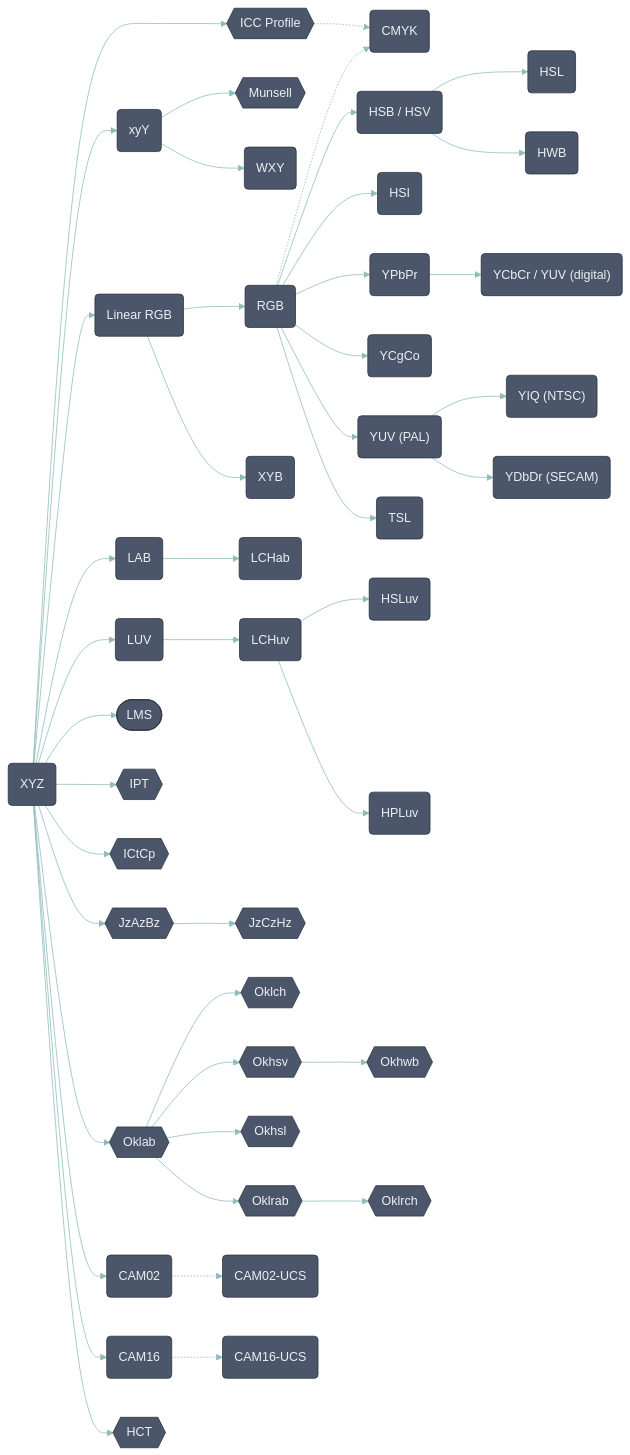
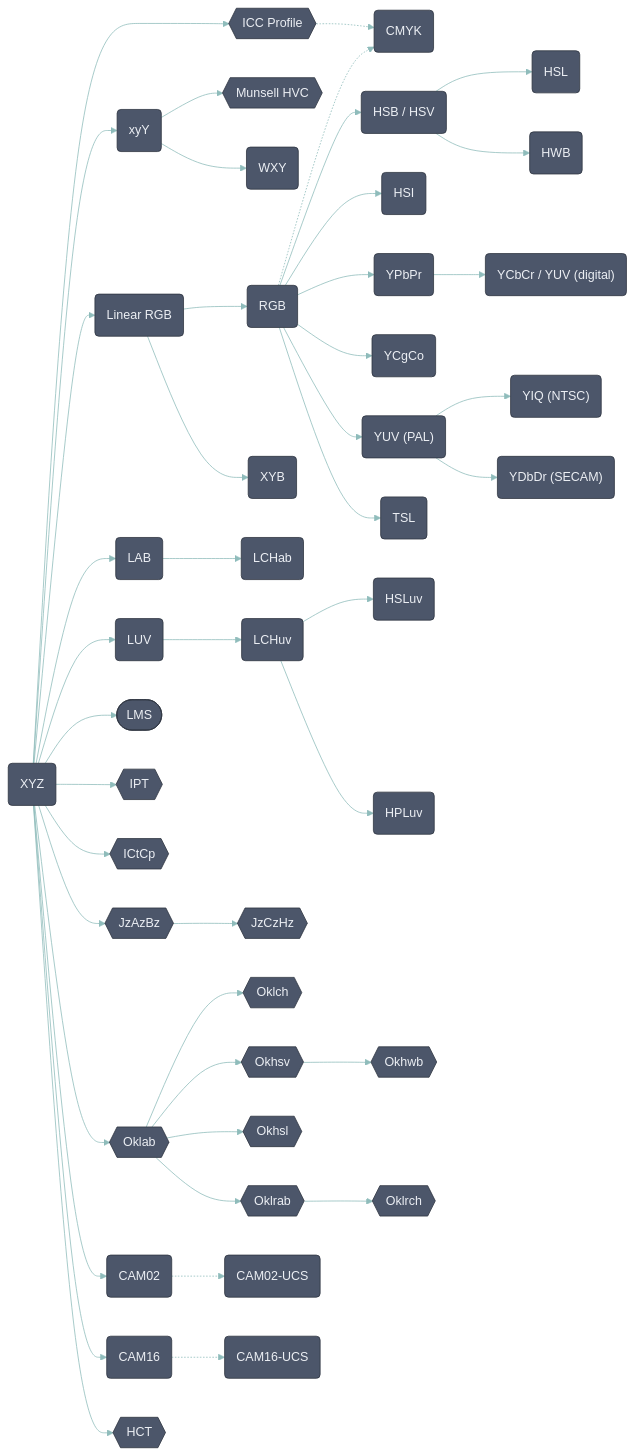
The first of 2 diagrams in Unicolour.Readme/README.md (waacton/Unicolour), drawn with Mermaid before and after one commit. The commit also changed other lines of this file and 26 other files, not shown here.

```diff
--- a/Unicolour.Readme/README.md
+++ b/Unicolour.Readme/README.md
@@ -242,7 +242,7 @@
   CAM16(CAM16)
   CAM16UCS(CAM16-UCS)
   HCT{{HCT}}
-  Munsell{{Munsell}}
+  Munsell{{"Munsell HVC"}}
   ICC{{"ICC Profile"}}
   CMYK("CMYK")
   
```
